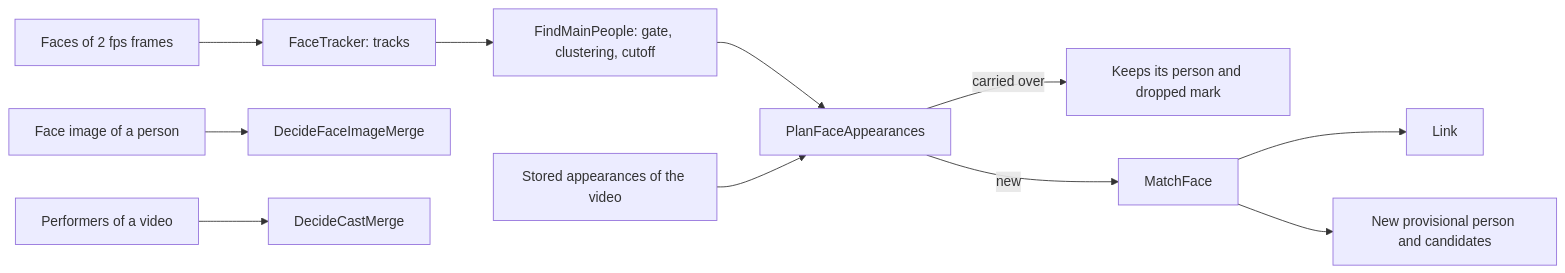
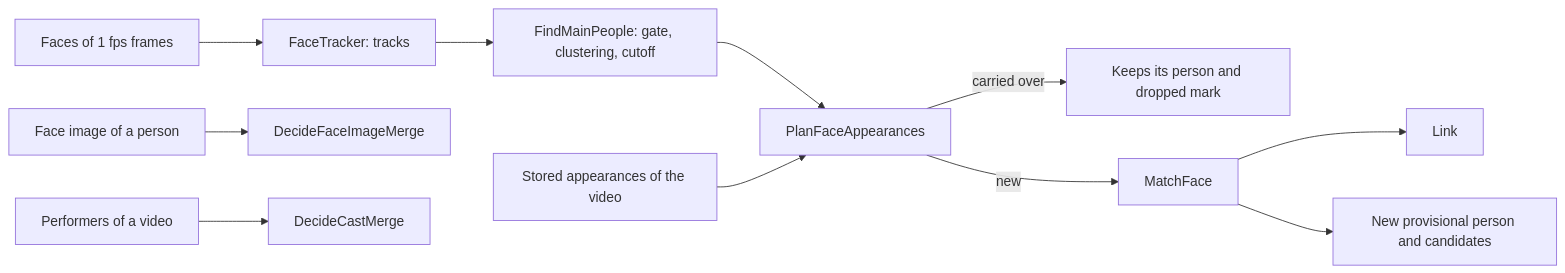
The fourth of 5 diagrams in docs/design-docs/face-recognition.md (syudead/vv), drawn with Mermaid before and after one commit. The commit also changed other lines of this file and 4 other files, not shown here.

First line of the commit message:
fix(061-faced): sample faces at 1 fps

````diff
--- a/docs/design-docs/face-recognition.md
+++ b/docs/design-docs/face-recognition.md
@@ -209,13 +209,13 @@
 ```mermaid
 flowchart LR
-  frames[Faces of 2 fps frames] --> tracker[FaceTracker: tracks]
+  frames[Faces of 1 fps frames] --> tracker[FaceTracker: tracks]
   tracker --> main[FindMainPeople: gate, clustering, cutoff]
   main --> plan[PlanFaceAppearances]
   stored[Stored appearances of the video] --> plan
   plan -->|carried over| keep[Keeps its person and dropped mark]
   plan -->|new| match[MatchFace]
   match --> link[Link]
   match --> prov[New provisional person and candidates]
   image[Face image of a person] --> imageRule[DecideFaceImageMerge]
   cast[Performers of a video] --> castRule[DecideCastMerge]
 ```
````
